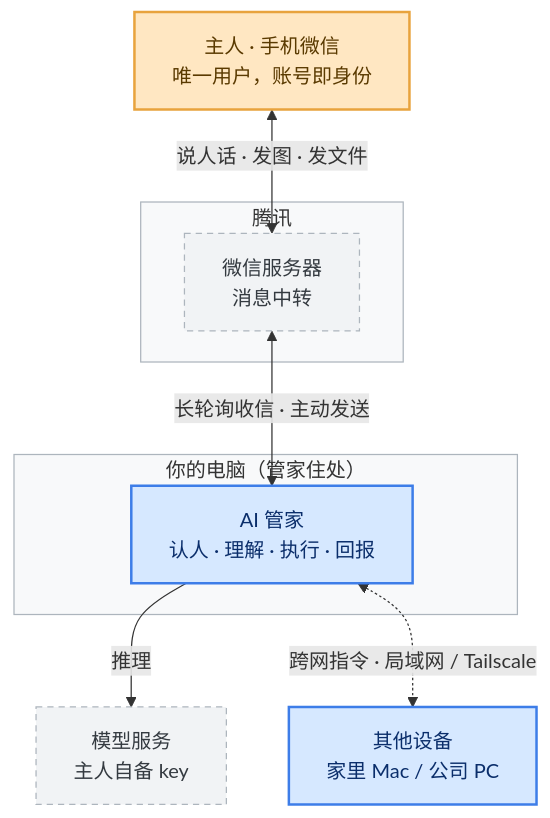
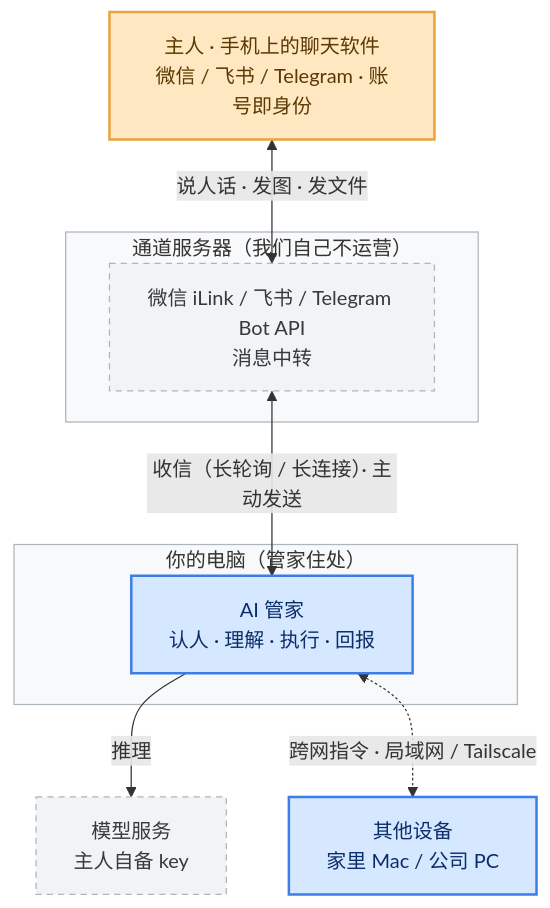
The diagram in docs/diagrams/product-01-context.mmd (Leowuqunqun/ai-butler), drawn with Mermaid before and after one commit. The commit also changed 18 other files, not shown here.

First line of the commit message:
第 91 轮补（四）：架构图跟上第三条通道 —— 7 张重渲 + 3 处「图说跟图打架」

```diff
--- a/docs/diagrams/product-01-context.mmd
+++ b/docs/diagrams/product-01-context.mmd
@@ -1,24 +1,24 @@
 flowchart TB
-    Owner["主人 · 手机微信<br/>唯一用户，账号即身份"]
-    subgraph TC["腾讯"]
-        WX["微信服务器<br/>消息中转"]
+    Owner["主人 · 手机上的聊天软件<br/>微信 / 飞书 / Telegram · 账号即身份"]
+    subgraph TC["通道服务器（我们自己不运营）"]
+        WX["微信 iLink / 飞书 / Telegram Bot API<br/>消息中转"]
     end
     subgraph PC["你的电脑（管家住处）"]
         Butler["AI 管家<br/>认人 · 理解 · 执行 · 回报"]
     end
     LLM["模型服务<br/>主人自备 key"]
     Dev["其他设备<br/>家里 Mac / 公司 PC"]
 
     Owner <-->|"说人话 · 发图 · 发文件"| WX
-    WX <-->|"长轮询收信 · 主动发送"| Butler
+    WX <-->|"收信（长轮询 / 长连接）· 主动发送"| Butler
     Butler -->|"推理"| LLM
     Butler <-.->|"跨网指令 · 局域网 / Tailscale"| Dev
 
     classDef person fill:#FFE7C2,stroke:#E8A33D,stroke-width:2px,color:#5A3A00
     classDef core fill:#D6E8FF,stroke:#3D7DE8,stroke-width:2px,color:#0B2E6B
     classDef ext fill:#F1F3F5,stroke:#ADB5BD,stroke-dasharray:5 4,color:#343A40
     class Owner person
     class Butler,Dev core
     class WX,LLM ext
 style TC fill:#F8F9FA,stroke:#ADB5BD,stroke-width:1px
 style PC fill:#F8F9FA,stroke:#ADB5BD,stroke-width:1px
```
